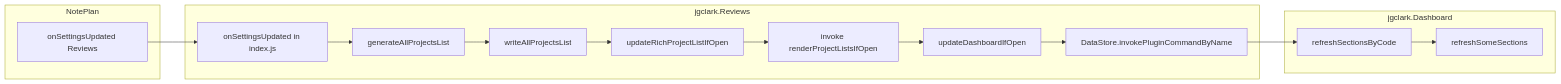
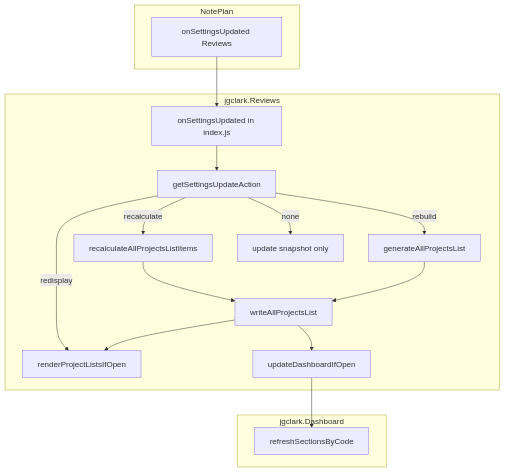
Before and after one commit to NotePlan/plugins: the fourth of 5 diagrams in jgclark.Reviews/ARCHITECTURE-Comms_with_Dashboard.md, drawn with Mermaid. The commit also changed other lines of this file and 25 other files, not shown here.

Commit message:
Add INFO-level duration messages for each allProjects list rebuild, incremental update, and access. Add much smarter rebuild/recalc/redisplay/nothing on settings changes. Refactor to move all settings code to reviewSettings.js

````diff
--- a/jgclark.Reviews/ARCHITECTURE-Comms_with_Dashboard.md
+++ b/jgclark.Reviews/ARCHITECTURE-Comms_with_Dashboard.md
@@ -141,21 +144,25 @@
 ```mermaid
-flowchart LR
+flowchart TD
   subgraph noteplan [NotePlan]
     hook["onSettingsUpdated Reviews"]
   end
   subgraph reviewsPlugin [jgclark.Reviews]
     onSet["onSettingsUpdated in index.js"]
+    classify["getSettingsUpdateAction"]
     genAll["generateAllProjectsList"]
     writeList["writeAllProjectsList"]
-    updRich["updateRichProjectListIfOpen"]
-    invokeRich["invoke renderProjectListsIfOpen"]
+    renderIfOpen["renderProjectListsIfOpen"]
     updDash["updateDashboardIfOpen"]
-    invokePToD["DataStore.invokePluginCommandByName"]
-    hook --> onSet --> genAll --> writeList --> updRich --> invokeRich --> updDash --> invokePToD
+    hook --> onSet --> classify
+    classify -->|rebuild| genAll --> writeList
+    classify -->|recalculate| recalc["recalculateAllProjectsListItems"] --> writeList
+    writeList --> renderIfOpen
+    writeList --> updDash
+    classify -->|redisplay| renderIfOpen
+    classify -->|none| done["update snapshot only"]
   end
   subgraph dashboardPlugin [jgclark.Dashboard]
     refreshByCode["refreshSectionsByCode"]
-    refreshSome["refreshSomeSections"]
-    invokePToD --> refreshByCode --> refreshSome
+    updDash --> refreshByCode
   end
 ```
````
